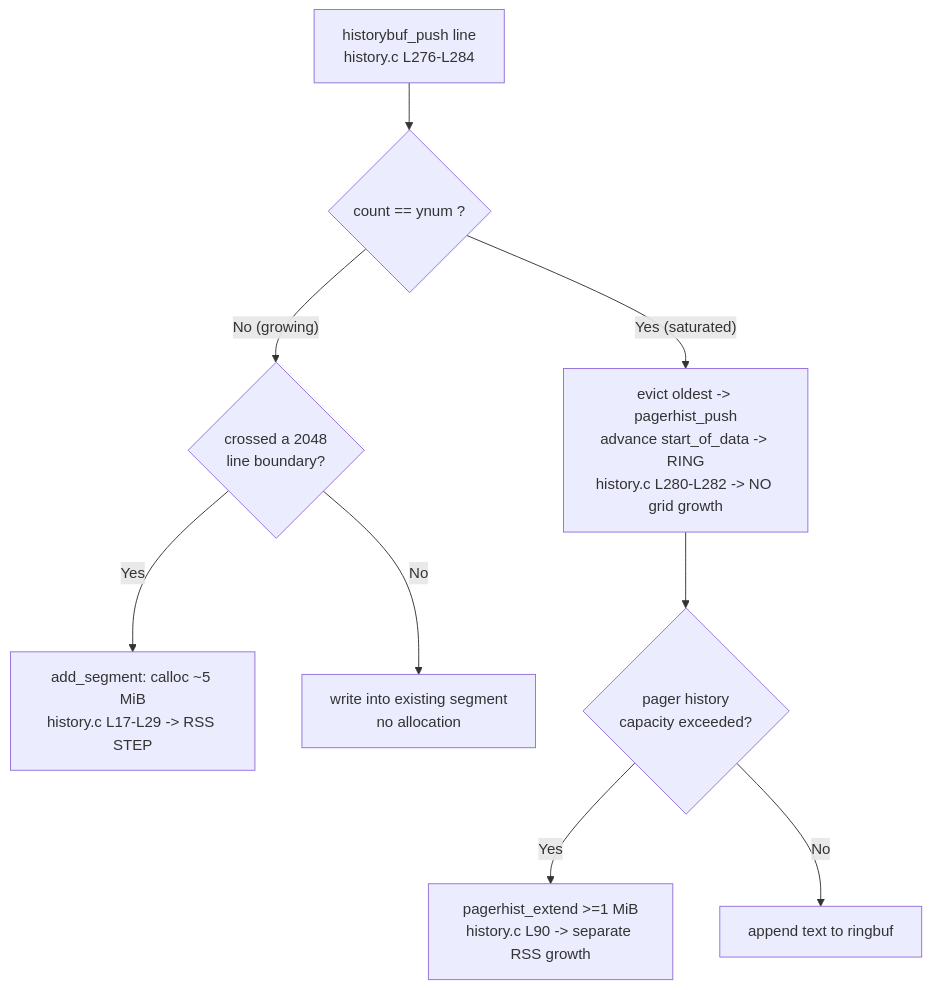
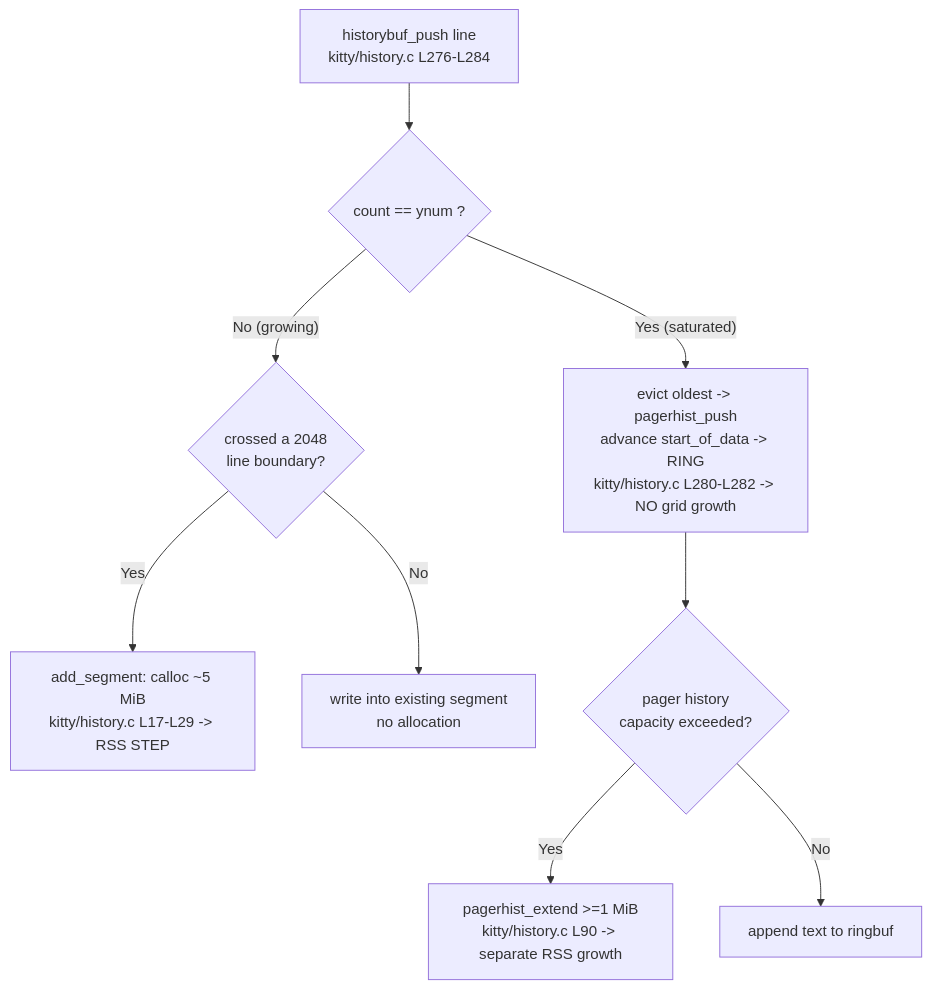
Before and after one commit to blitzy-research/kitty: the diagram in blitzy/documentation/kitty_815df1e210e0.md, drawn with Mermaid. The commit also changed other lines of this file, not shown here.

````diff
--- a/blitzy/documentation/kitty_815df1e210e0.md
+++ b/blitzy/documentation/kitty_815df1e210e0.md
@@ -396,11 +415,11 @@
 ```mermaid
 flowchart TD
-    Push["historybuf_push line<br/>history.c L276-L284"] --> Full{"count == ynum ?"}
+    Push["historybuf_push line<br/>kitty/history.c L276-L284"] --> Full{"count == ynum ?"}
     Full -->|"No (growing)"| Seg{"crossed a 2048<br/>line boundary?"}
-    Seg -->|Yes| Alloc["add_segment: calloc ~5 MiB<br/>history.c L17-L29 -> RSS STEP"]
+    Seg -->|Yes| Alloc["add_segment: calloc ~5 MiB<br/>kitty/history.c L17-L29 -> RSS STEP"]
     Seg -->|No| NoOp["write into existing segment<br/>no allocation"]
-    Full -->|"Yes (saturated)"| Ring["evict oldest -> pagerhist_push<br/>advance start_of_data -> RING<br/>history.c L280-L282 -> NO grid growth"]
+    Full -->|"Yes (saturated)"| Ring["evict oldest -> pagerhist_push<br/>advance start_of_data -> RING<br/>kitty/history.c L280-L282 -> NO grid growth"]
     Ring --> PH{"pager history<br/>capacity exceeded?"}
-    PH -->|Yes| Extend["pagerhist_extend >=1 MiB<br/>history.c L90 -> separate RSS growth"]
+    PH -->|Yes| Extend["pagerhist_extend >=1 MiB<br/>kitty/history.c L90 -> separate RSS growth"]
     PH -->|No| PHwrite["append text to ringbuf"]
 ```
````
